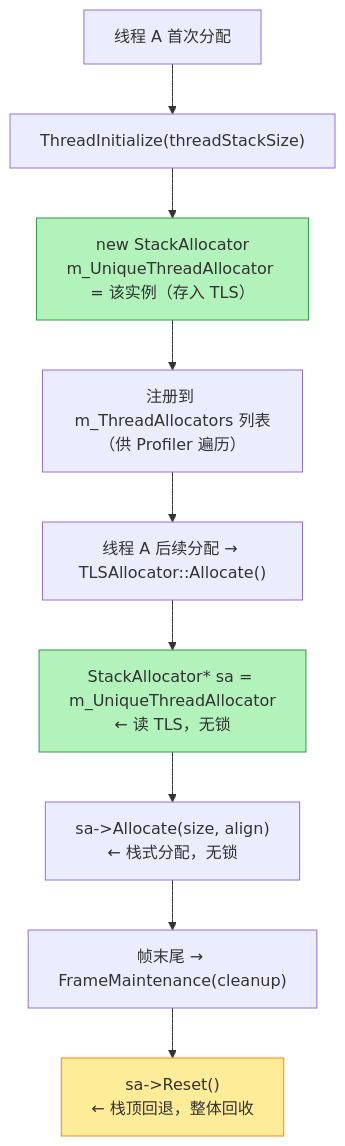
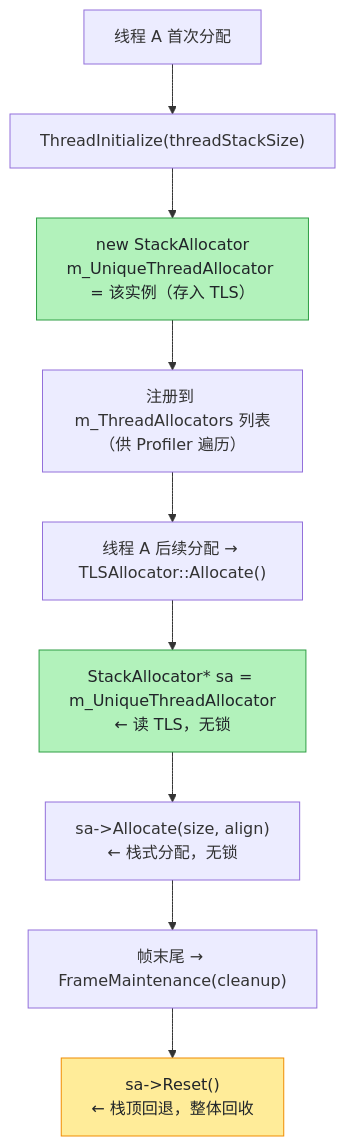
Before and after one commit to fankidark/tech-site: the diagram in docs/unity-memory/tls.md, drawn with Mermaid. The commit also changed 5 other files, not shown here.

Commit message:
修复mermaid图dark模式对比度: 26处style浅色fill补color:#212529深色文字

````diff
--- a/docs/unity-memory/tls.md
+++ b/docs/unity-memory/tls.md
@@ -32,14 +32,14 @@
 ```mermaid
 flowchart TB
     A["线程 A 首次分配"] --> B["ThreadInitialize(threadStackSize)"]
     B --> C["new StackAllocator<br/>m_UniqueThreadAllocator = 该实例（存入 TLS）"]
     C --> D["注册到 m_ThreadAllocators 列表<br/>（供 Profiler 遍历）"]
     D --> E["线程 A 后续分配 → TLSAllocator::Allocate()"]
     E --> F["StackAllocator* sa = m_UniqueThreadAllocator<br/>← 读 TLS，无锁"]
     F --> G["sa->Allocate(size, align)<br/>← 栈式分配，无锁"]
     G --> H["帧末尾 → FrameMaintenance(cleanup)"]
     H --> I["sa->Reset()<br/>← 栈顶回退，整体回收"]
-    style C fill:#b2f2bb,stroke:#2f9e44
-    style F fill:#b2f2bb,stroke:#2f9e44
-    style I fill:#ffec99,stroke:#f08c00
+    style C fill:#b2f2bb,stroke:#2f9e44,color:#212529
+    style F fill:#b2f2bb,stroke:#2f9e44,color:#212529
+    style I fill:#ffec99,stroke:#f08c00,color:#212529
 ```
````
